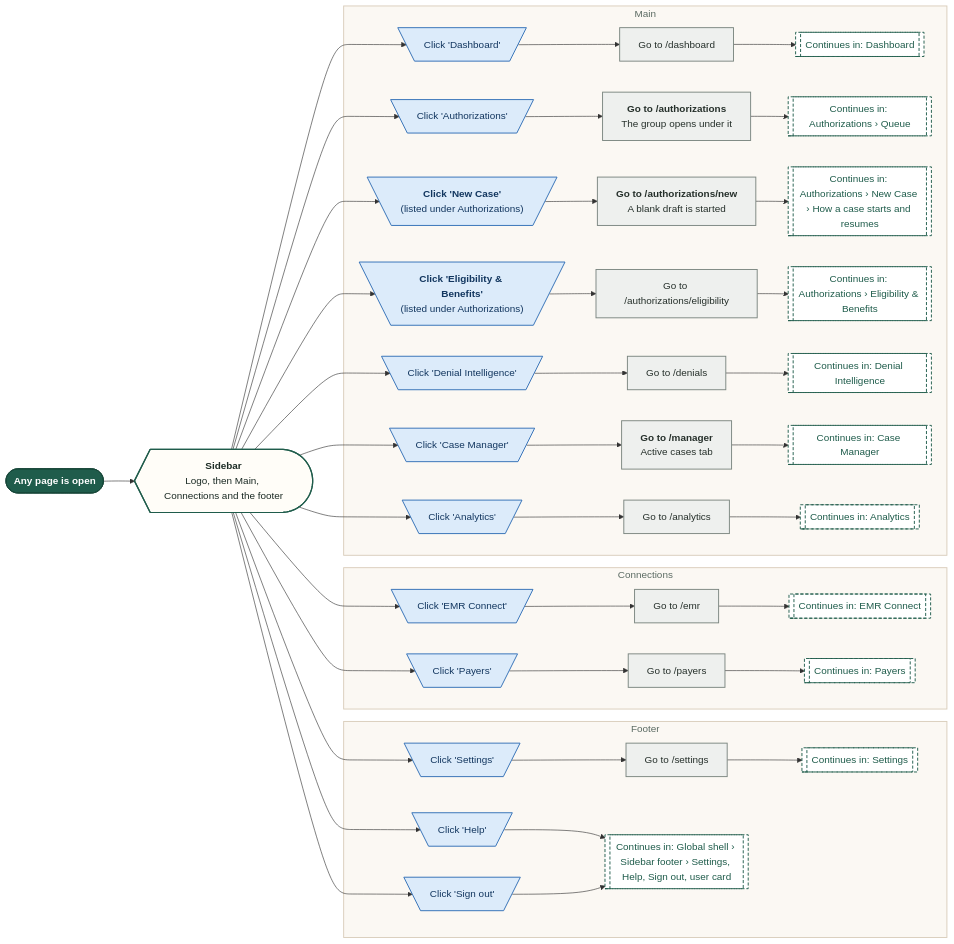
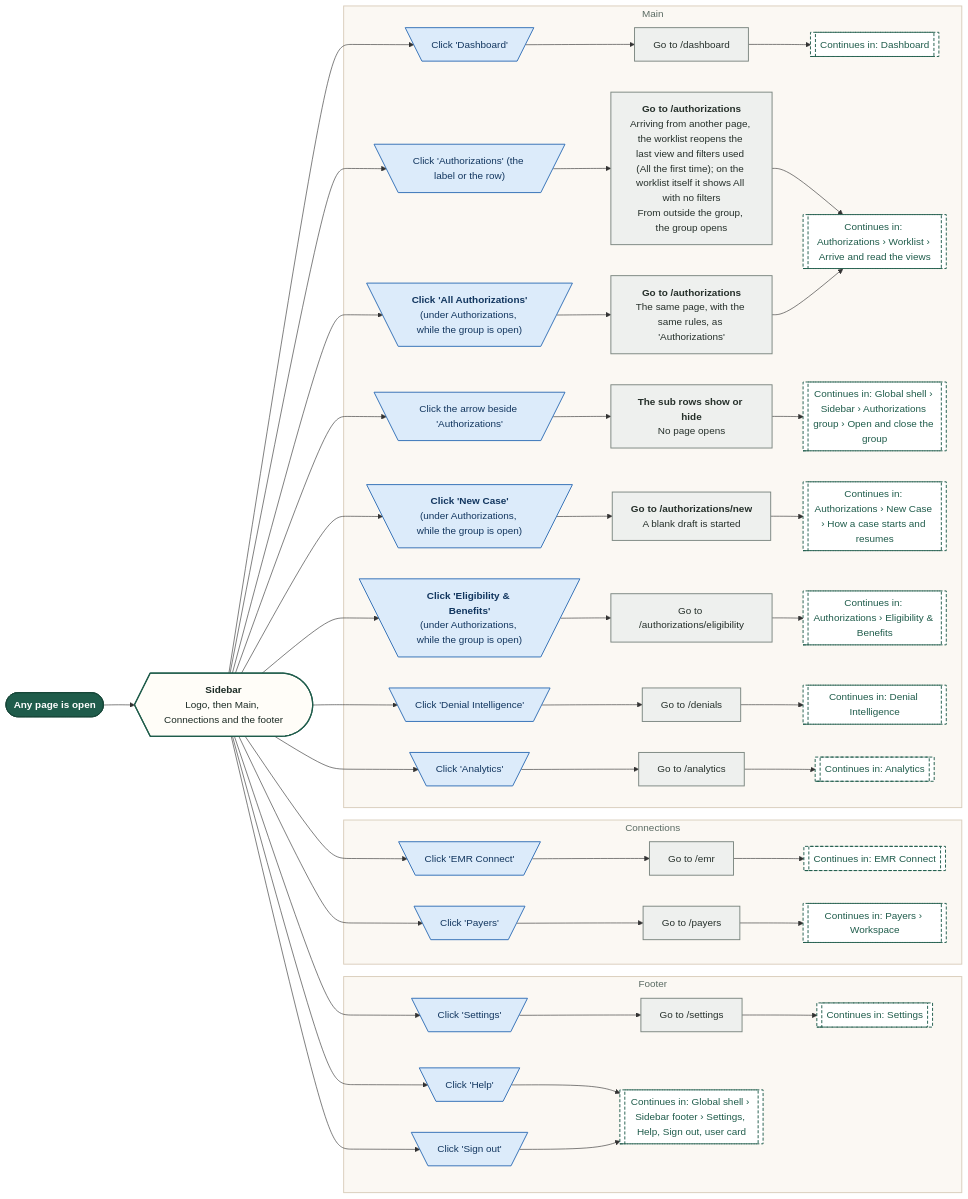
One commit to Shrav143/psyfloapp changed the first of 19 diagrams in demos/prior-auth-demo/workflows/out/md/01-global-shell.md. Above: the diagram before and after it, drawn with Mermaid. The commit also changed other lines of this file and 113 other files, not shown here.

First line of the commit message:
docs: workflow diagrams for the merged Authorizations (worklist, approved, reviews and tracked cases, sidebar arrow), every link retargeted, 336 diagrams

```diff
--- a/demos/prior-auth-demo/workflows/out/md/01-global-shell.md
+++ b/demos/prior-auth-demo/workflows/out/md/01-global-shell.md
@@ -47,39 +47,42 @@
   gEmr@{ shape: subproc, label: "Continues in: EMR Connect" }
   cPay@{ shape: trap-t, label: "Click 'Payers'" }
   pPay@{ shape: rect, label: "Go to /payers" }
-  gPay@{ shape: subproc, label: "Continues in: Payers" }
+  gPay@{ shape: subproc, label: "Continues in: Payers › Workspace" }
   end
   subgraph gMain ["Main"]
   cDash@{ shape: trap-t, label: "Click 'Dashboard'" }
   pDash@{ shape: rect, label: "Go to /dashboard" }
   gDash@{ shape: subproc, label: "Continues in: Dashboard" }
-  cAuth@{ shape: trap-t, label: "Click 'Authorizations'" }
-  pAuth@{ shape: rect, label: "<b>Go to /authorizations</b><br/>The group opens under it" }
-  gAuth@{ shape: subproc, label: "Continues in: Authorizations › Queue" }
-  cNew@{ shape: trap-t, label: "<b>Click 'New Case'</b><br/>(listed under Authorizations)" }
+  cAuth@{ shape: trap-t, label: "Click 'Authorizations' (the label or the row)" }
+  pAuth@{ shape: rect, label: "<b>Go to /authorizations</b><br/>Arriving from another page, the worklist reopens the last view and filters used (All the first time); on the worklist itself it shows All with no filters<br/>From outside the group, the group opens" }
+  gAuth@{ shape: subproc, label: "Continues in: Authorizations › Worklist › Arrive and read the views" }
+  cArrow@{ shape: trap-t, label: "Click the arrow beside 'Authorizations'" }
+  pArrow@{ shape: rect, label: "<b>The sub rows show or hide</b><br/>No page opens" }
+  gArrow@{ shape: subproc, label: "Continues in: Global shell › Sidebar › Authorizations group › Open and close the group" }
+  cAll@{ shape: trap-t, label: "<b>Click 'All Authorizations'</b><br/>(under Authorizations, while the group is open)" }
+  pAll@{ shape: rect, label: "<b>Go to /authorizations</b><br/>The same page, with the same rules, as 'Authorizations'" }
+  cNew@{ shape: trap-t, label: "<b>Click 'New Case'</b><br/>(under Authorizations, while the group is open)" }
   pNew@{ shape: rect, label: "<b>Go to /authorizations/new</b><br/>A blank draft is started" }
   gNew@{ shape: subproc, label: "Continues in: Authorizations › New Case › How a case starts and resumes" }
-  cElig@{ shape: trap-t, label: "<b>Click 'Eligibility & Benefits'</b><br/>(listed under Authorizations)" }
+  cElig@{ shape: trap-t, label: "<b>Click 'Eligibility & Benefits'</b><br/>(under Authorizations, while the group is open)" }
   pElig@{ shape: rect, label: "Go to /authorizations/eligibility" }
   gElig@{ shape: subproc, label: "Continues in: Authorizations › Eligibility & Benefits" }
   cDen@{ shape: trap-t, label: "Click 'Denial Intelligence'" }
   pDen@{ shape: rect, label: "Go to /denials" }
   gDen@{ shape: subproc, label: "Continues in: Denial Intelligence" }
-  cMgr@{ shape: trap-t, label: "Click 'Case Manager'" }
-  pMgr@{ shape: rect, label: "<b>Go to /manager</b><br/>Active cases tab" }
-  gMgr@{ shape: subproc, label: "Continues in: Case Manager" }
   cAna@{ shape: trap-t, label: "Click 'Analytics'" }
   pAna@{ shape: rect, label: "Go to /analytics" }
   gAna@{ shape: subproc, label: "Continues in: Analytics" }
   end
   s1 --> sb
-  sb --> cDash & cAuth & cNew & cElig & cDen & cMgr & cAna & cEmr & cPay & cSet & cHelp & cOut
+  sb --> cDash & cAuth & cArrow & cAll & cNew & cElig & cDen & cAna & cEmr & cPay & cSet & cHelp & cOut
   cDash --> pDash --> gDash
   cAuth --> pAuth --> gAuth
+  cArrow --> pArrow --> gArrow
+  cAll --> pAll --> gAuth
   cNew --> pNew --> gNew
   cElig --> pElig --> gElig
   cDen --> pDen --> gDen
-  cMgr --> pMgr --> gMgr
   cAna --> pAna --> gAna
   cEmr --> pEmr --> gEmr
   cPay --> pPay --> gPay
@@ -88,9 +91,9 @@
   cOut --> gFoot2
   class s1 k_start
   class sb k_screen
-  class cSet,cHelp,cOut,cEmr,cPay,cDash,cAuth,cNew,cElig,cDen,cMgr,cAna k_click
-  class pSet,pEmr,pPay,pDash,pAuth,pNew,pElig,pDen,pMgr,pAna k_process
-  class gSet,gFoot2,gEmr,gPay,gDash,gAuth,gNew,gElig,gDen,gMgr,gAna k_goto
+  class cSet,cHelp,cOut,cEmr,cPay,cDash,cAuth,cArrow,cAll,cNew,cElig,cDen,cAna k_click
+  class pSet,pEmr,pPay,pDash,pAuth,pArrow,pAll,pNew,pElig,pDen,pAna k_process
+  class gSet,gFoot2,gEmr,gPay,gDash,gAuth,gArrow,gNew,gElig,gDen,gAna k_goto
   style gFoot fill:#FBF8F3,stroke:#D9CDBB,stroke-width:1.5px,color:#5B6B63
   style gConn fill:#FBF8F3,stroke:#D9CDBB,stroke-width:1.5px,color:#5B6B63
   style gMain fill:#FBF8F3,stroke:#D9CDBB,stroke-width:1.5px,color:#5B6B63
```
